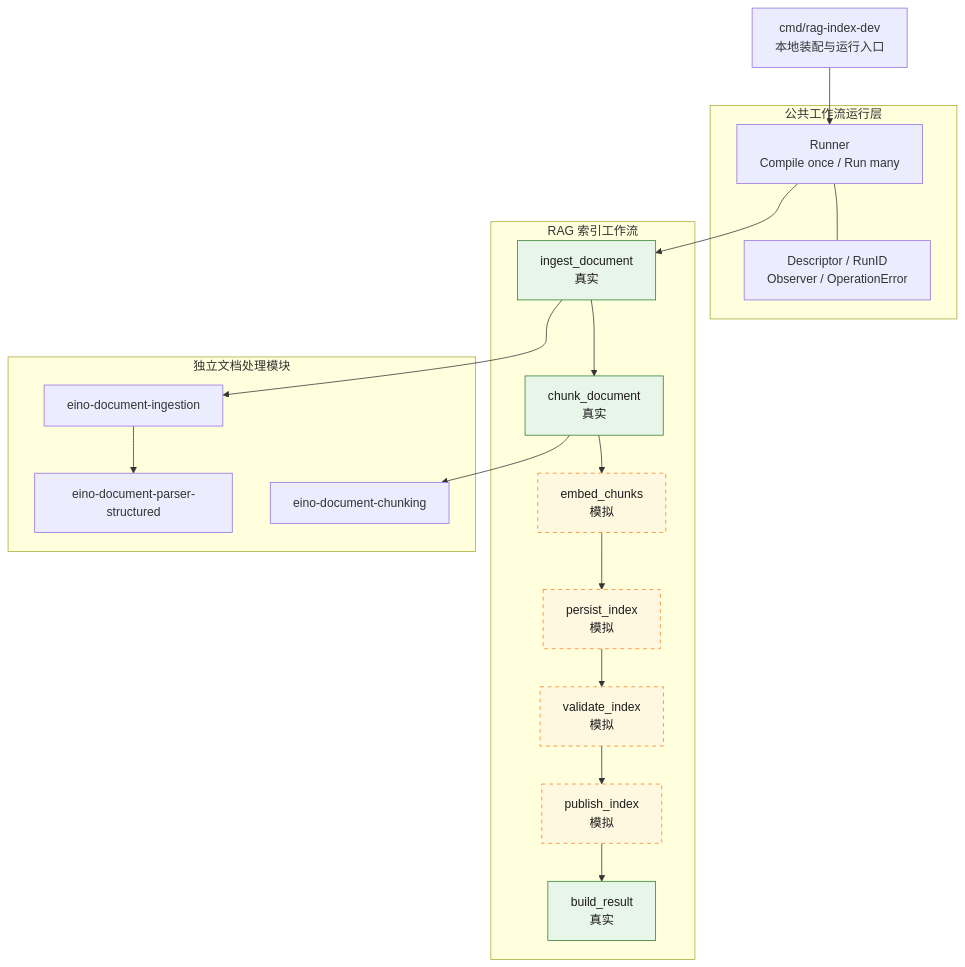
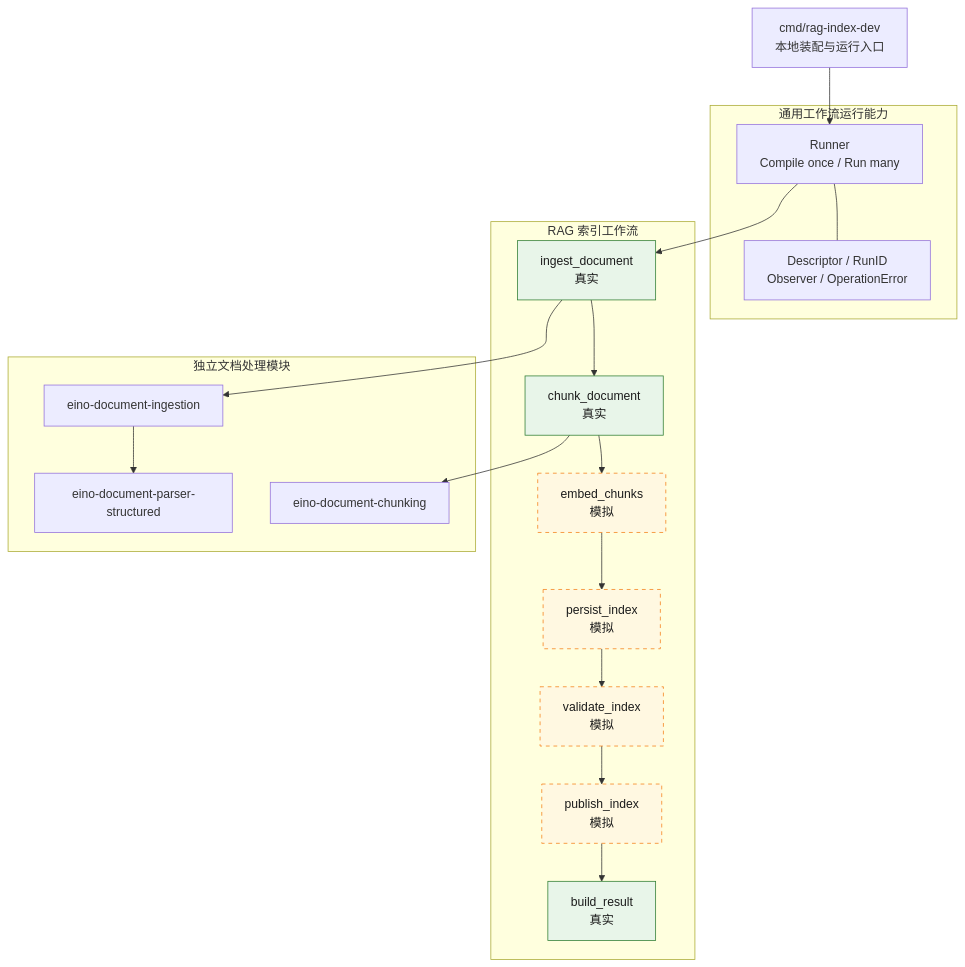
The diagram in README.md (wo4zhuzi/eino-flow), drawn with Mermaid before and after one commit. The commit also changed other lines of this file and 9 other files, not shown here.

````diff
--- a/README.md
+++ b/README.md
@@ -24,38 +24,38 @@
 ```mermaid
 flowchart TB
     Entry[cmd/rag-index-dev<br/>本地装配与运行入口]
 
-    subgraph Platform[公共工作流运行层]
+    subgraph Runtime[通用工作流运行能力]
         Runner[Runner<br/>Compile once / Run many]
         Governance[Descriptor / RunID<br/>Observer / OperationError]
         Runner --- Governance
     end
 
     subgraph RAG[RAG 索引工作流]
         Ingest[ingest_document<br/>真实]
         Chunk[chunk_document<br/>真实]
         Embed[embed_chunks<br/>模拟]
         Persist[persist_index<br/>模拟]
         Validate[validate_index<br/>模拟]
         Publish[publish_index<br/>模拟]
         Result[build_result<br/>真实]
 
         Ingest --> Chunk --> Embed --> Persist --> Validate --> Publish --> Result
     end
 
     subgraph Packages[独立文档处理模块]
         Ingestion[eino-document-ingestion]
         Parser[eino-document-parser-structured]
         Chunking[eino-document-chunking]
     end
 
     Entry --> Runner --> Ingest
     Ingest --> Ingestion
     Ingestion --> Parser
     Chunk --> Chunking
 
     classDef real fill:#e8f5e9,stroke:#2e7d32,color:#1b1b1b;
     classDef simulated fill:#fff8e1,stroke:#f57f17,stroke-dasharray: 5 5,color:#1b1b1b;
     class Ingest,Chunk,Result real;
     class Embed,Persist,Validate,Publish simulated;
 ```
````
